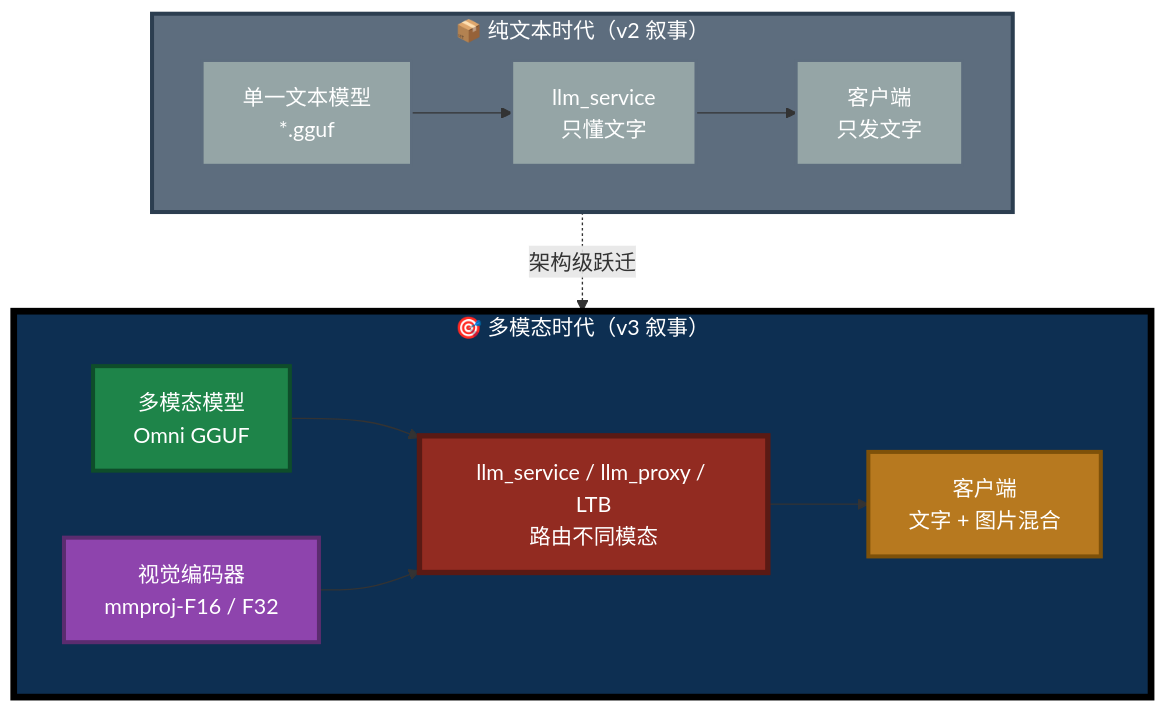
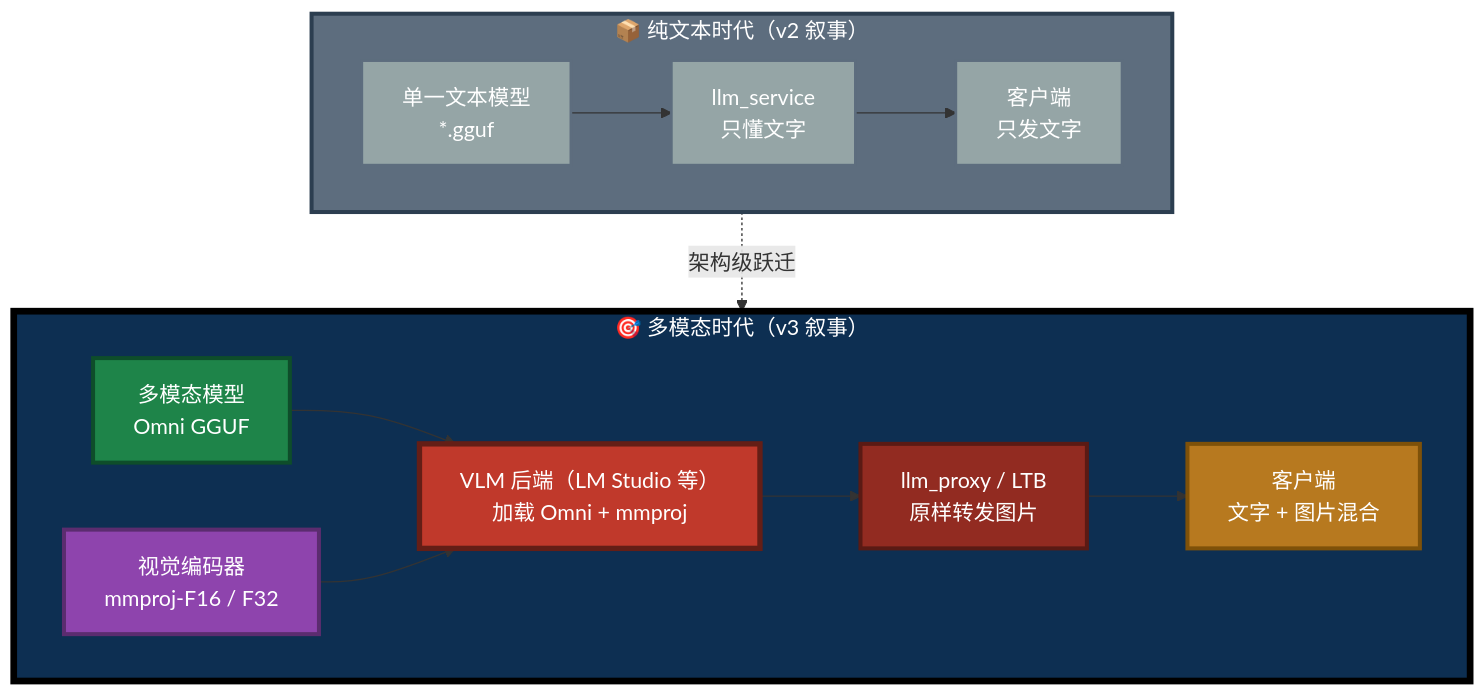
The third of 16 diagrams in NVIDIA-Nemotron-3-Nano-Omni-30B-A3B-Reasoning-UD-IQ4_XS.md (PassByYou888/LingoFuse-pasAgent-v3), drawn with Mermaid before and after one commit. The commit also changed other lines of this file, not shown here.

````diff
--- a/NVIDIA-Nemotron-3-Nano-Omni-30B-A3B-Reasoning-UD-IQ4_XS.md
+++ b/NVIDIA-Nemotron-3-Nano-Omni-30B-A3B-Reasoning-UD-IQ4_XS.md
@@ -116,31 +130,34 @@
 ```mermaid
 flowchart TB
     subgraph OLD["📦 纯文本时代（v2 叙事）"]
         O1["单一文本模型<br/>*.gguf"]
         O2["llm_service<br/>只懂文字"]
         O3["客户端<br/>只发文字"]
         O1 --> O2 --> O3
     end
 
     subgraph NEW["🎯 多模态时代（v3 叙事）"]
         N1["多模态模型<br/>Omni GGUF"]
         N2["视觉编码器<br/>mmproj-F16 / F32"]
-        N3["llm_service / llm_proxy / LTB<br/>路由不同模态"]
-        N4["客户端<br/>文字 + 图片混合"]
+        N3["VLM 后端（LM Studio 等）<br/>加载 Omni + mmproj"]
+        N4["llm_proxy / LTB<br/>原样转发图片"]
+        N5["客户端<br/>文字 + 图片混合"]
         N1 --> N3
         N2 --> N3
         N3 --> N4
+        N4 --> N5
     end
 
     OLD -.->|"架构级跃迁"| NEW
 
     style OLD fill:#5D6D7E,stroke:#2C3E50,stroke-width:3px,color:#FFFFFF
     style NEW fill:#0D2F52,stroke:#000000,stroke-width:5px,color:#FFFFFF
     style O1 fill:#95A5A6,stroke:#5D6D7E,stroke-width:2px,color:#FFFFFF
     style O2 fill:#95A5A6,stroke:#5D6D7E,stroke-width:2px,color:#FFFFFF
     style O3 fill:#95A5A6,stroke:#5D6D7E,stroke-width:2px,color:#FFFFFF
     style N1 fill:#1E8449,stroke:#0E4D2A,stroke-width:3px,color:#FFFFFF
     style N2 fill:#8E44AD,stroke:#5B2C6F,stroke-width:3px,color:#FFFFFF
-    style N3 fill:#922B21,stroke:#5A1A14,stroke-width:4px,color:#FFFFFF
-    style N4 fill:#B7791F,stroke:#7E5109,stroke-width:3px,color:#FFFFFF
+    style N3 fill:#C0392B,stroke:#641E16,stroke-width:4px,color:#FFFFFF
+    style N4 fill:#922B21,stroke:#5A1A14,stroke-width:3px,color:#FFFFFF
+    style N5 fill:#B7791F,stroke:#7E5109,stroke-width:3px,color:#FFFFFF
 ```
````
